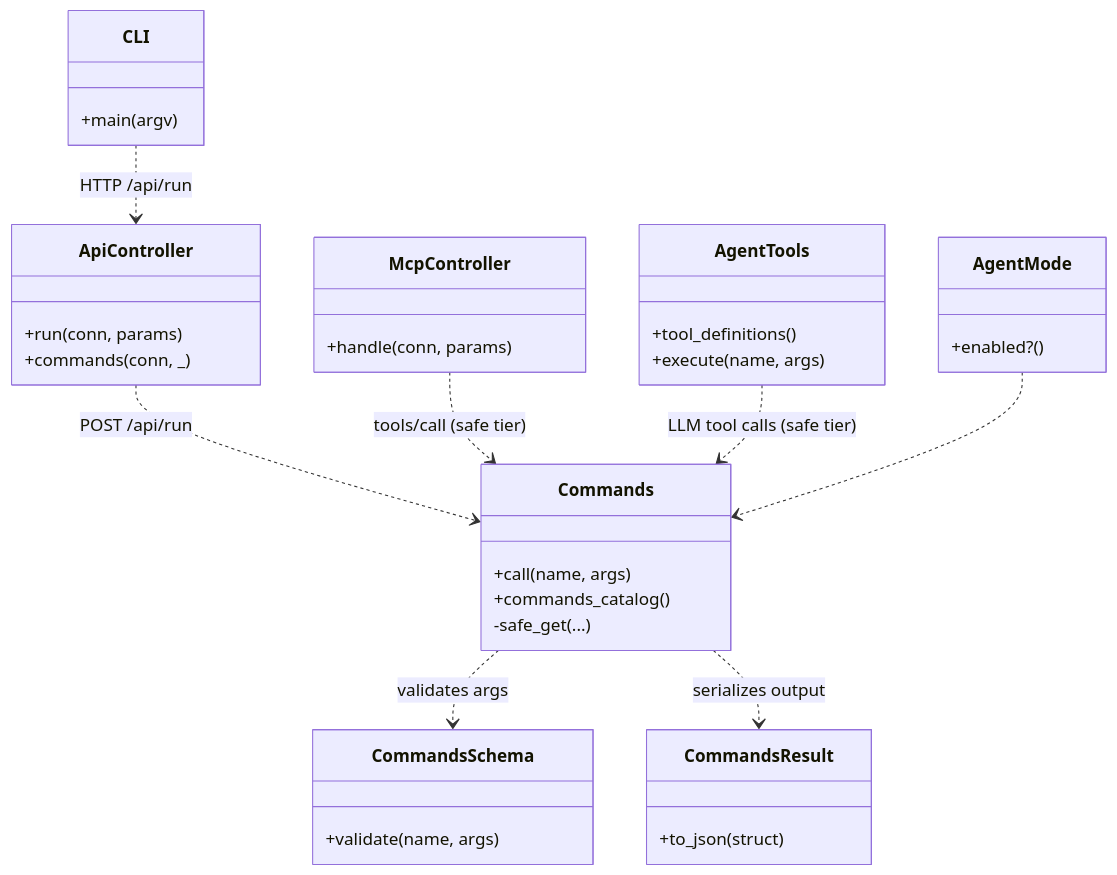
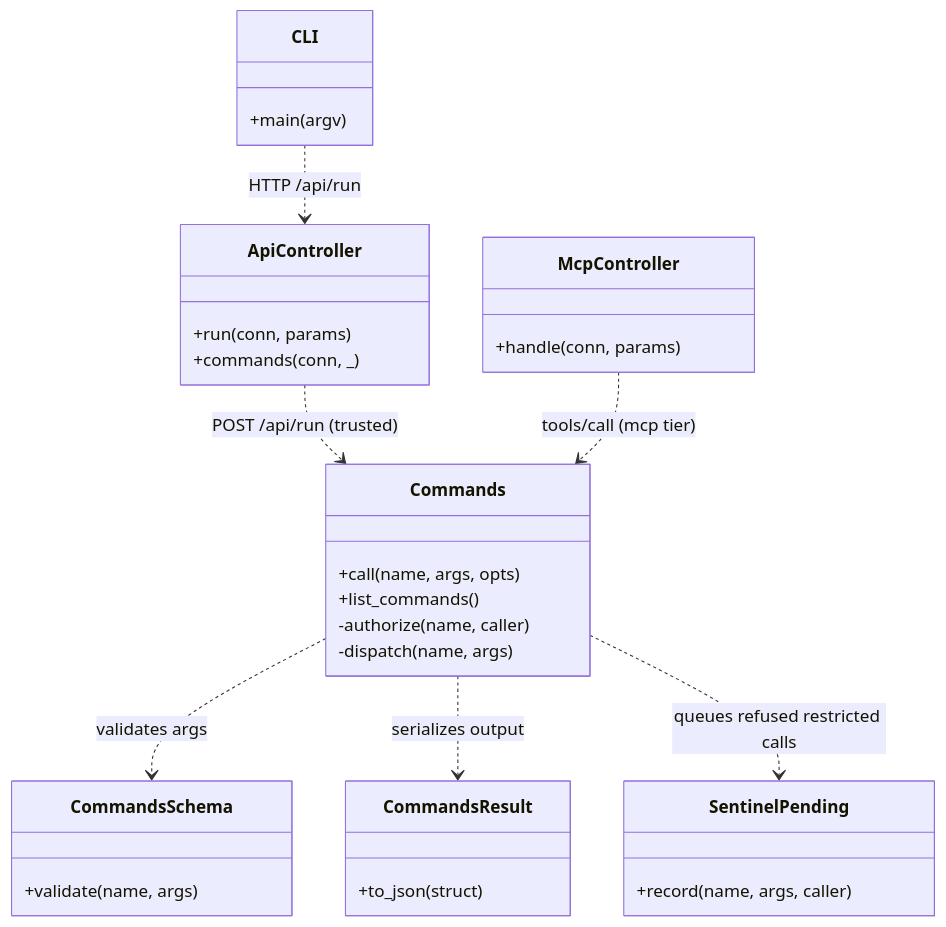
The fifth of 8 diagrams in docs/UML.md (hightowerbuilds/buster-claw), drawn with Mermaid before and after one commit. The commit also changed other lines of this file and 14 other files, not shown here.

````diff
--- a/docs/UML.md
+++ b/docs/UML.md
@@ -266,39 +275,35 @@
 ```mermaid
 classDiagram
     class Commands {
-        +call(name, args)
-        +commands_catalog()
-        -safe_get(...)
+        +call(name, args, opts)
+        +list_commands()
+        -authorize(name, caller)
+        -dispatch(name, args)
     }
     class CommandsSchema {
         +validate(name, args)
     }
     class CommandsResult {
         +to_json(struct)
     }
     class ApiController {
         +run(conn, params)
         +commands(conn, _)
     }
     class McpController {
         +handle(conn, params)
     }
-    class AgentTools {
-        +tool_definitions()
-        +execute(name, args)
-    }
-    class AgentMode {
-        +enabled?()
-    }
     class CLI {
         +main(argv)
     }
+    class SentinelPending {
+        +record(name, args, caller)
+    }
 
-    ApiController ..> Commands : POST /api/run
-    McpController ..> Commands : tools/call (safe tier)
-    AgentTools ..> Commands : LLM tool calls (safe tier)
-    AgentMode ..> Commands
+    ApiController ..> Commands : POST /api/run (trusted)
+    McpController ..> Commands : tools/call (mcp tier)
     CLI ..> ApiController : HTTP /api/run
     Commands ..> CommandsSchema : validates args
     Commands ..> CommandsResult : serializes output
+    Commands ..> SentinelPending : queues refused restricted calls
 ```
````
